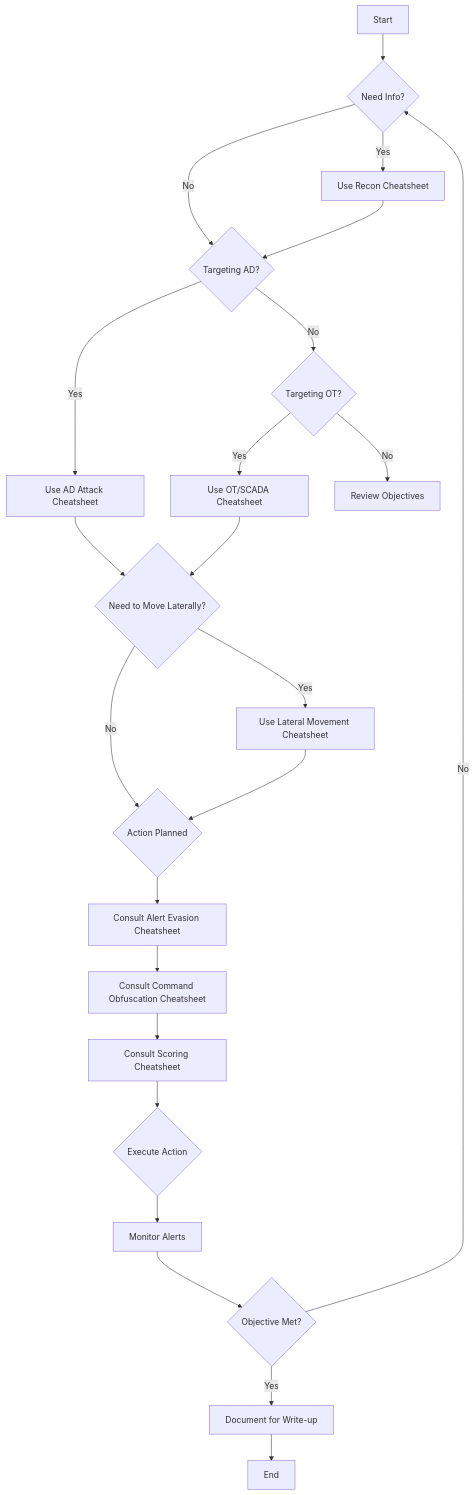
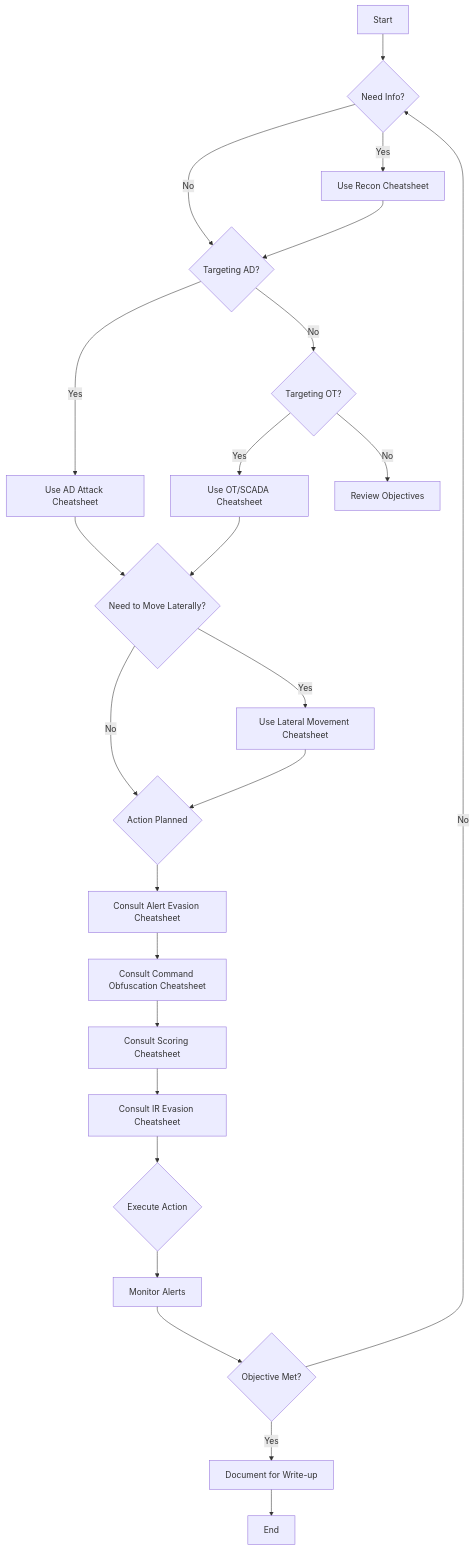
One commit to silv3rshi3ld/TNO-SC-CS changed the diagram in cheatsheets/README.md. Above: the diagram before and after it, drawn with Mermaid. The commit also changed other lines of this file and 4 other files, not shown here.

````diff
--- a/cheatsheets/README.md
+++ b/cheatsheets/README.md
@@ -38,25 +56,26 @@
 ```mermaid
 graph TD
     A[Start] --> B{Need Info?};
     B -- Yes --> C[Use Recon Cheatsheet];
     B -- No --> D{Targeting AD?};
     C --> D;
     D -- Yes --> E[Use AD Attack Cheatsheet];
     D -- No --> F{Targeting OT?};
     E --> G{Need to Move Laterally?};
     F -- Yes --> H[Use OT/SCADA Cheatsheet];
     F -- No --> I[Review Objectives];
     H --> G;
     G -- Yes --> J[Use Lateral Movement Cheatsheet];
     G -- No --> K{Action Planned};
     J --> K;
     K --> L[Consult Alert Evasion Cheatsheet];
     L --> M[Consult Command Obfuscation Cheatsheet];
     M --> N[Consult Scoring Cheatsheet];
-    N --> O{Execute Action};
+    N --> IR[Consult IR Evasion Cheatsheet];
+    IR --> O{Execute Action};
     O --> P[Monitor Alerts];
     P --> Q{Objective Met?};
     Q -- Yes --> R[Document for Write-up];
     Q -- No --> B;
     R --> S[End];
 ```
````
